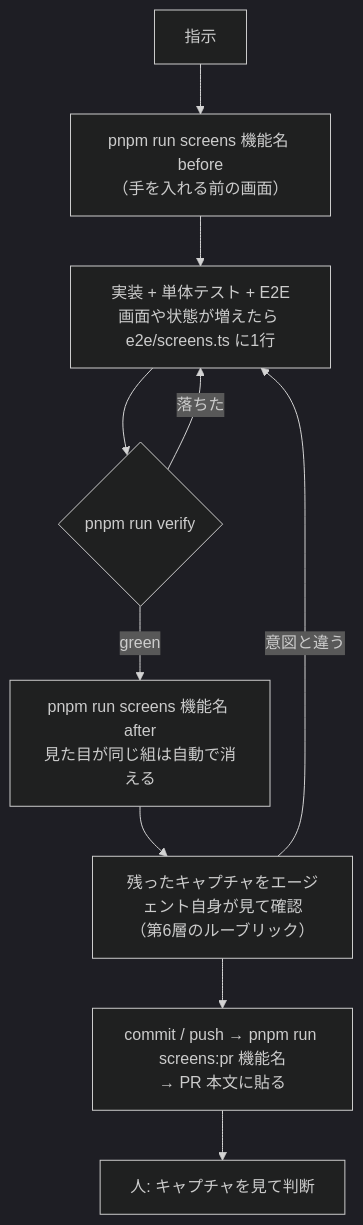
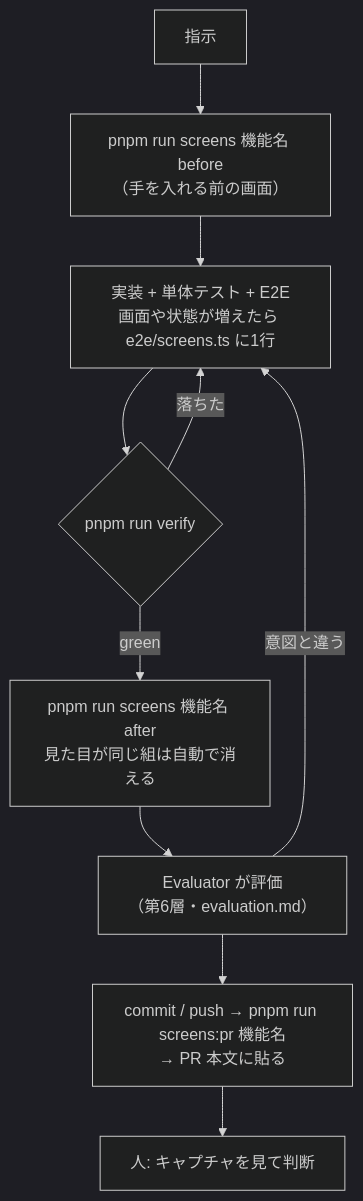
One commit to Atoyr/keiba-note changed the second of 3 diagrams in docs/harness.md. Above: the diagram before and after it, drawn with Mermaid (dark theme). The commit also changed other lines of this file and 17 other files, not shown here.

````diff
--- a/docs/harness.md
+++ b/docs/harness.md
@@ -545,12 +414,12 @@
 ```mermaid
 flowchart TB
     A["指示"] --> B["pnpm run screens 機能名 before<br/>（手を入れる前の画面）"]
     B --> C["実装 + 単体テスト + E2E<br/>画面や状態が増えたら e2e/screens.ts に1行"]
     C --> D{"pnpm run verify"}
     D -- 落ちた --> C
     D -- green --> E["pnpm run screens 機能名 after<br/>見た目が同じ組は自動で消える"]
-    E --> F["残ったキャプチャをエージェント自身が見て確認<br/>（第6層のルーブリック）"]
+    E --> F["Evaluator が評価<br/>（第6層・evaluation.md）"]
     F -- 意図と違う --> C
     F --> G["commit / push → pnpm run screens:pr 機能名<br/>→ PR 本文に貼る"]
     G --> H["人: キャプチャを見て判断"]
 ```
````
